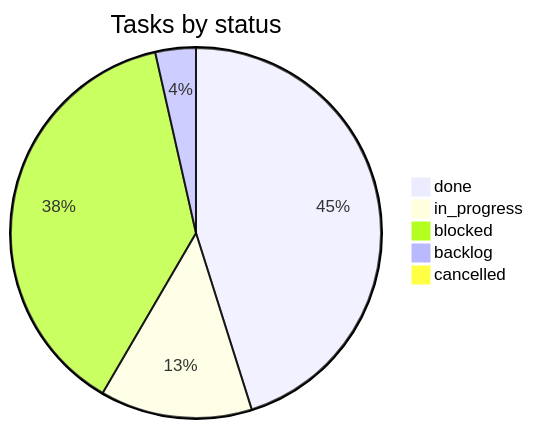
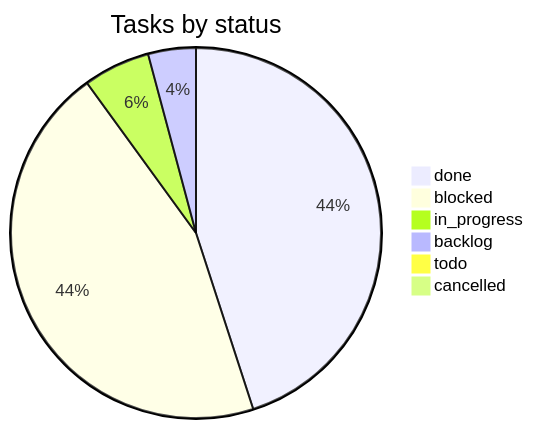
One commit to vulcanflow/docs changed the second of 2 diagrams in PROGRESS.md. Above: the diagram before and after it, drawn with Mermaid. The commit also changed other lines of this file and 1 other file, not shown here.

Commit message:
progress: 3 deliveries (VFL-111, VFL-140, VFL-141), 18 status changes (#72)

````diff
--- a/PROGRESS.md
+++ b/PROGRESS.md
@@ -58,8 +58,9 @@
 ```mermaid
 pie title Tasks by status
-  "done" : 51
-  "in_progress" : 15
-  "blocked" : 43
-  "backlog" : 4
+  "done" : 54
+  "blocked" : 54
+  "in_progress" : 7
+  "backlog" : 5
+  "todo" : 1
   "cancelled" : 1
 ```
````
